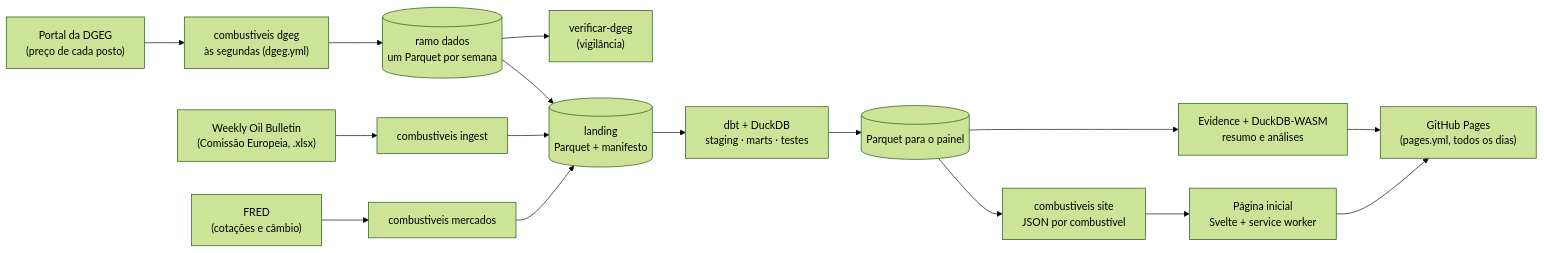
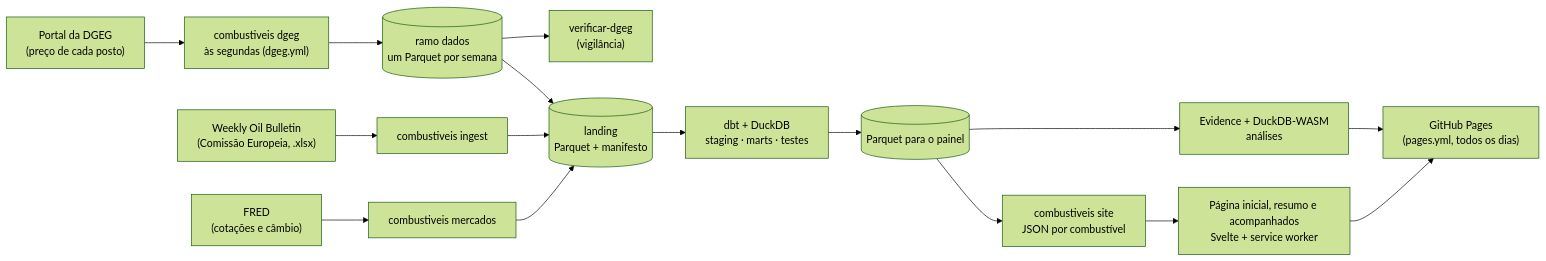
The diagram in README.md (JoseFerrao20/combustiveis-pt), drawn with Mermaid (forest theme) before and after one commit. The commit also changed other lines of this file and 28 other files, not shown here.

````diff
--- a/README.md
+++ b/README.md
@@ -67,18 +67,18 @@
 ```mermaid
 flowchart LR
   WOB["Weekly Oil Bulletin<br/>(Comissão Europeia, .xlsx)"] --> I["combustiveis ingest"]
   DGEG["Portal da DGEG<br/>(preço de cada posto)"] --> S["combustiveis dgeg<br/>às segundas (dgeg.yml)"]
   FRED["FRED<br/>(cotações e câmbio)"] --> M["combustiveis mercados"]
   S --> H[("ramo dados<br/>um Parquet por semana")]
   H --> V["verificar-dgeg<br/>(vigilância)"]
   H --> L
   I --> L[("landing<br/>Parquet + manifesto")]
   M --> L
   L --> D["dbt + DuckDB<br/>staging · marts · testes"]
   D --> R[("Parquet para o painel")]
-  R --> E["Evidence + DuckDB-WASM<br/>resumo e análises"]
+  R --> E["Evidence + DuckDB-WASM<br/>análises"]
   R --> J["combustiveis site<br/>JSON por combustível"]
-  J --> A["Página inicial<br/>Svelte + service worker"]
+  J --> A["Página inicial, resumo e acompanhados<br/>Svelte + service worker"]
   E --> P["GitHub Pages<br/>(pages.yml, todos os dias)"]
   A --> P
 ```
````
